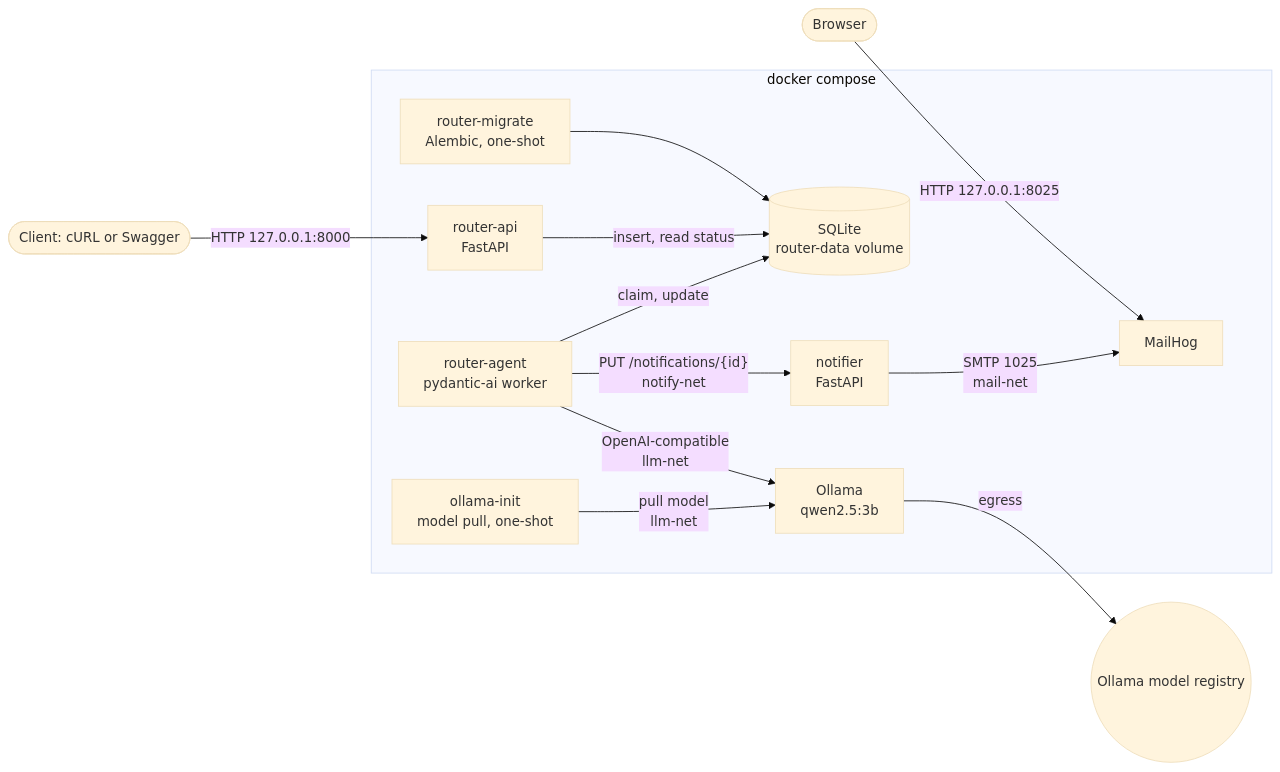
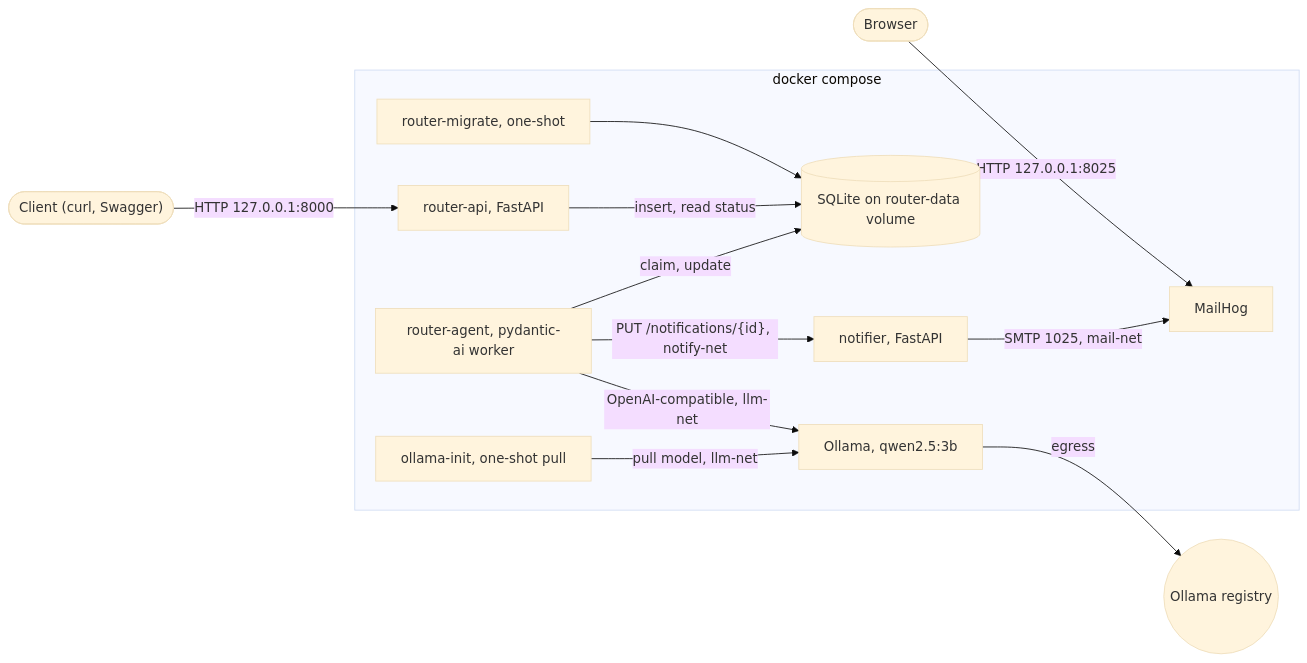
Before and after one commit to n3rwus/smart-inbox-router: the first of 5 diagrams in README.md, drawn with Mermaid (base theme). The commit also changed other lines of this file and 14 other files, not shown here.

````diff
--- a/README.md
+++ b/README.md
@@ -79,28 +122,28 @@
 ```mermaid
 flowchart LR
-    client([Client: cURL or Swagger])
-    browser([Browser])
-    registry((Ollama model registry))
+    client(["Client (curl, Swagger)"])
+    browser(["Browser"])
+    registry(("Ollama registry"))
 
-    subgraph stack [docker compose]
-        api[router-api<br/>FastAPI]
-        migrate[router-migrate<br/>Alembic, one-shot]
-        agent[router-agent<br/>pydantic-ai worker]
-        db[(SQLite<br/>router-data volume)]
-        ollama[Ollama<br/>qwen2.5:3b]
-        init[ollama-init<br/>model pull, one-shot]
-        notifier[notifier<br/>FastAPI]
-        mailhog[MailHog]
+    subgraph stack ["docker compose"]
+        api["router-api, FastAPI"]
+        migrate["router-migrate, one-shot"]
+        agent["router-agent, pydantic-ai worker"]
+        db[("SQLite on router-data volume")]
+        ollama["Ollama, qwen2.5:3b"]
+        init["ollama-init, one-shot pull"]
+        notifier["notifier, FastAPI"]
+        mailhog["MailHog"]
     end
 
     client -- "HTTP 127.0.0.1:8000" --> api
     browser -- "HTTP 127.0.0.1:8025" --> mailhog
     migrate --> db
     api -- "insert, read status" --> db
     agent -- "claim, update" --> db
-    agent -- "OpenAI-compatible<br/>llm-net" --> ollama
-    init -- "pull model<br/>llm-net" --> ollama
+    agent -- "OpenAI-compatible, llm-net" --> ollama
+    init -- "pull model, llm-net" --> ollama
     ollama -- "egress" --> registry
-    agent -- "PUT /notifications/{id}<br/>notify-net" --> notifier
-    notifier -- "SMTP 1025<br/>mail-net" --> mailhog
+    agent -- "PUT /notifications/{id}, notify-net" --> notifier
+    notifier -- "SMTP 1025, mail-net" --> mailhog
 ```
````
